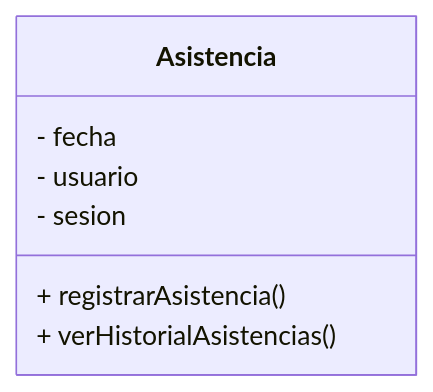
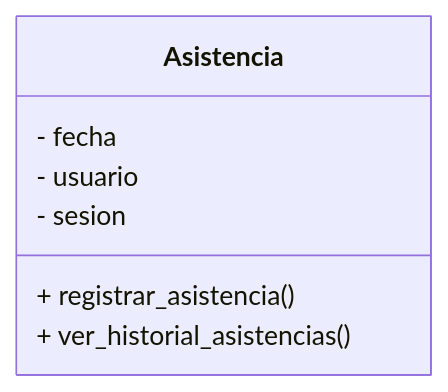
One commit to toonchavez8/Unir-Notes changed diagram 11 of 16 in Maestría-Ingeniería-de-Software/02-Metologias-Desarollo-y-Calidad/Actividades/Actividad_01_Miguel_DeJesus_Chavez_Barragan.md. Above: the diagram before and after it, drawn with Mermaid. The commit also changed other lines of this file and 3 other files, not shown here.

````diff
--- a/Maestría-Ingeniería-de-Software/02-Metologias-Desarollo-y-Calidad/Actividades/Actividad_01_Miguel_DeJesus_Chavez_Barragan.md
+++ b/Maestría-Ingeniería-de-Software/02-Metologias-Desarollo-y-Calidad/Actividades/Actividad_01_Miguel_DeJesus_Chavez_Barragan.md
@@ -499,11 +493,11 @@
 ```mermaid
 
 classDiagram
  class Asistencia {
     - fecha
     - usuario
     - sesion
-    + registrarAsistencia()
-    + verHistorialAsistencias()
+    + registrar_asistencia()
+    + ver_historial_asistencias()
  }
 ```
````
